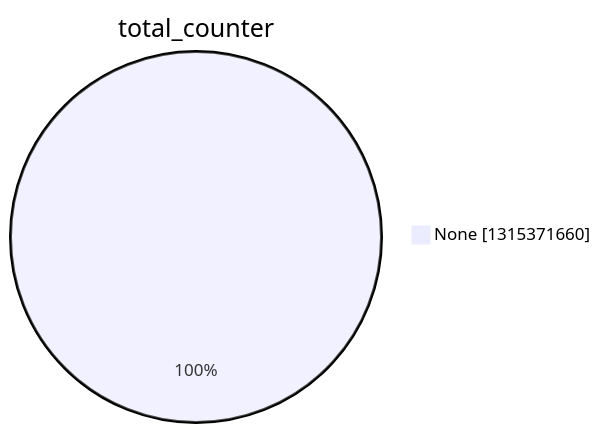
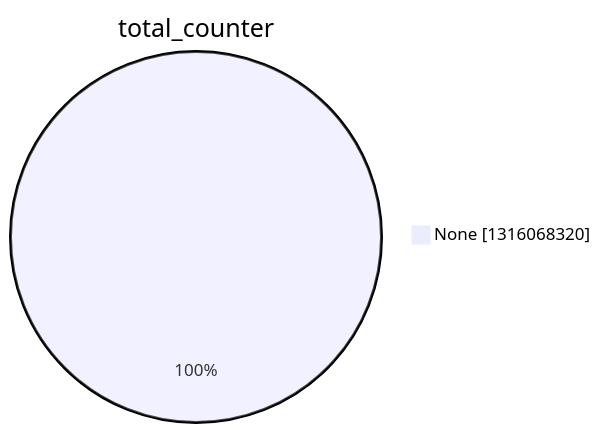
One commit to christiankrug/ctmonitor_visualization changed the second of 15 diagrams in argon2022/README.md. Above: the diagram before and after it, drawn with Mermaid. The commit also changed other lines of this file, not shown here.

````diff
--- a/argon2022/README.md
+++ b/argon2022/README.md
@@ -9,5 +9,5 @@
 ```mermaid
 pie showData
 title total_counter
-"None" :1315371660
+"None" :1316068320
 ```
````
